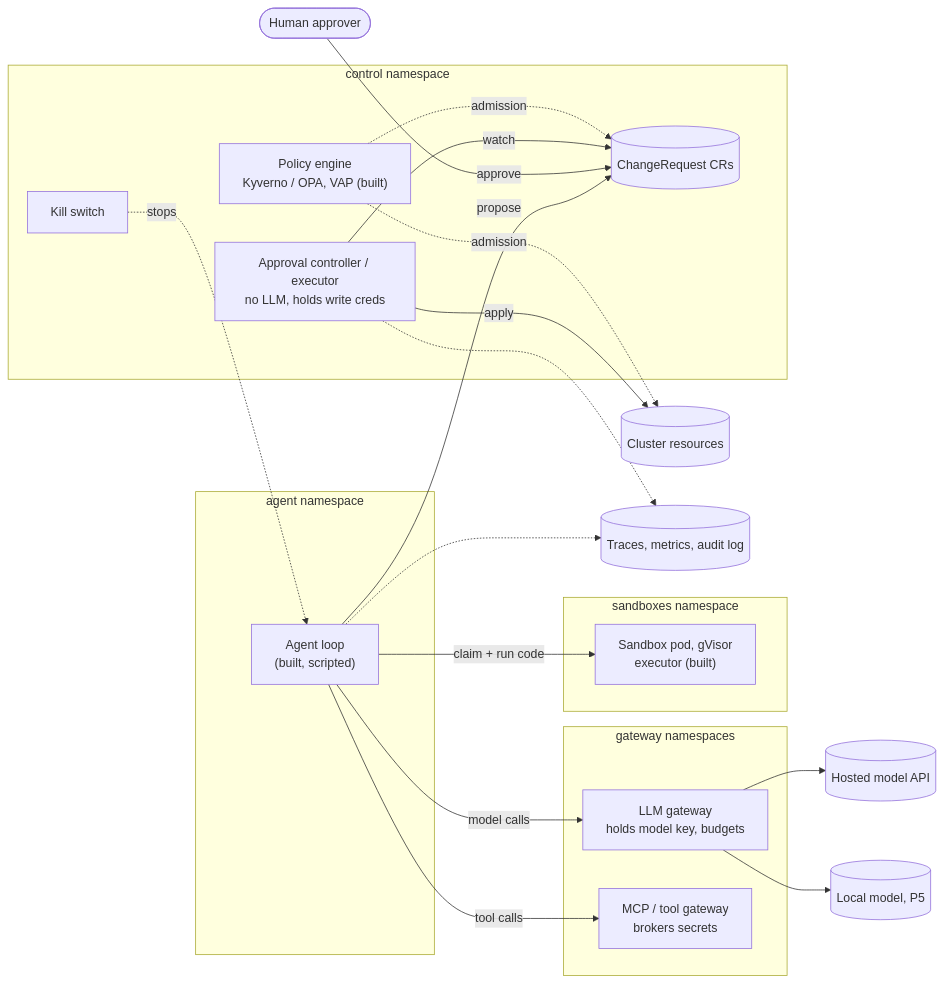
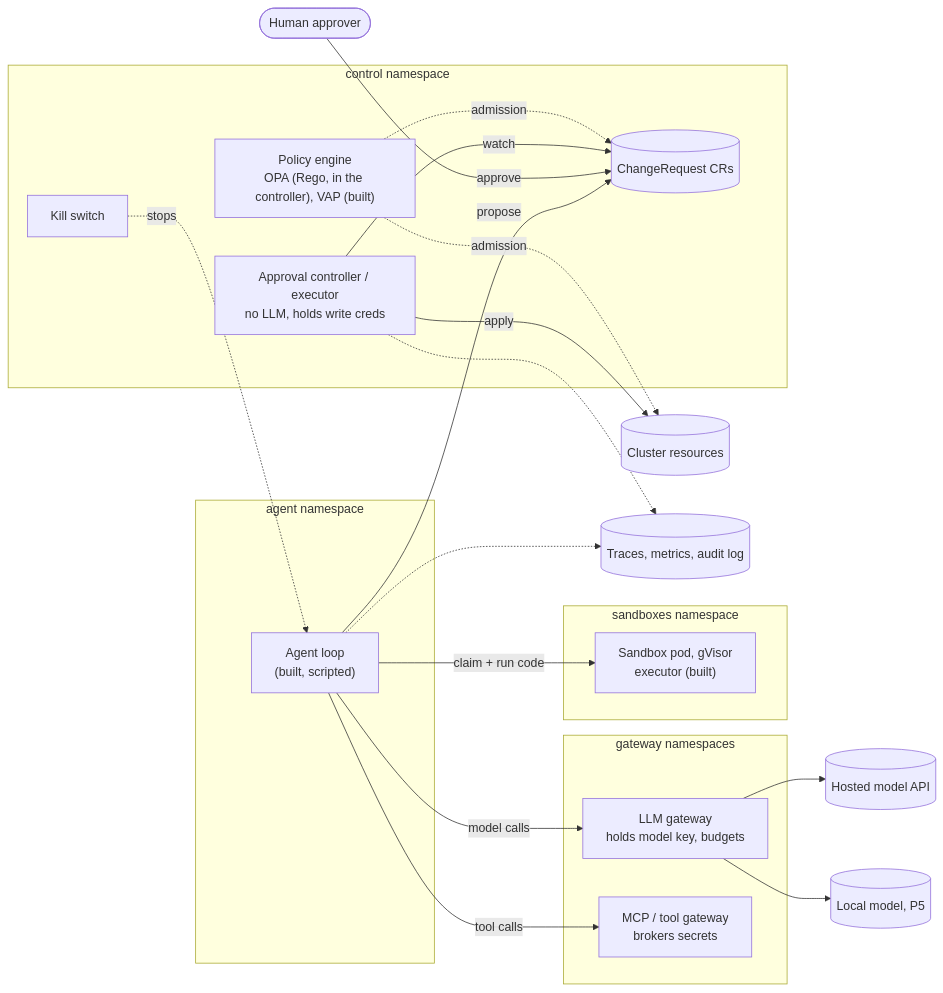
The diagram in docs/prd/02-architecture.md (billykong/safe-ops-agent-k8s), drawn with Mermaid before and after one commit. The commit also changed other lines of this file and 32 other files, not shown here.

````diff
--- a/docs/prd/02-architecture.md
+++ b/docs/prd/02-architecture.md
@@ -7,44 +7,44 @@
 ```mermaid
 flowchart LR
   human(["Human approver"])
 
   subgraph agentns["agent namespace"]
     agent["Agent loop<br/>(built, scripted)"]
   end
 
   subgraph gw["gateway namespaces"]
     llmgw["LLM gateway<br/>holds model key, budgets"]
     mcpgw["MCP / tool gateway<br/>brokers secrets"]
   end
 
   subgraph sbx["sandboxes namespace"]
     sandbox["Sandbox pod, gVisor<br/>executor (built)"]
   end
 
   subgraph ctl["control namespace"]
     cr[("ChangeRequest CRs")]
     controller["Approval controller / executor<br/>no LLM, holds write creds"]
-    policy["Policy engine<br/>Kyverno / OPA, VAP (built)"]
+    policy["Policy engine<br/>OPA (Rego, in the controller), VAP (built)"]
     kill["Kill switch"]
   end
 
   model[("Hosted model API")]
   local[("Local model, P5")]
   cluster[("Cluster resources")]
   obs[("Traces, metrics, audit log")]
 
   agent -- claim + run code --> sandbox
   agent -- model calls --> llmgw
   llmgw --> model
   llmgw --> local
   agent -- tool calls --> mcpgw
   agent -- propose --> cr
   human -- approve --> cr
   controller -- watch --> cr
   controller -- apply --> cluster
   policy -. admission .-> cr
   policy -. admission .-> cluster
   kill -. stops .-> agent
   agent -.-> obs
   controller -.-> obs
 ```
````
